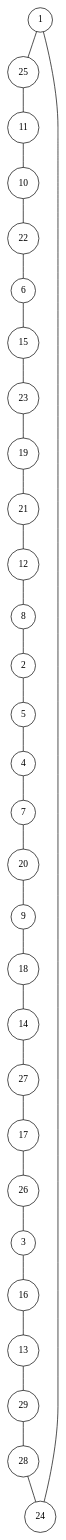
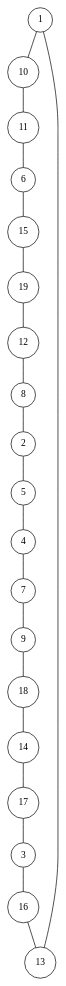
The diagram in data_generated/random1012484/random1012484.0.dot (lugot/tsp-approximation), drawn with Graphviz before and after one commit. The commit also changed 29 other files, not shown here.

```diff
--- a/data_generated/random1012484/random1012484.0.dot
+++ b/data_generated/random1012484/random1012484.0.dot
@@ -1,62 +1,42 @@
 graph random1012484 {
 	node [shape=circle fillcolor=white]
 	1 [ pos = "0.667158,3.291296!"]
 	2 [ pos = "17.711670,14.948317!"]
 	3 [ pos = "8.457189,7.426452!"]
 	4 [ pos = "20.000000,12.982976!"]
 	5 [ pos = "19.648191,15.435664!"]
 	6 [ pos = "3.204100,11.130648!"]
 	7 [ pos = "18.055529,12.025427!"]
 	8 [ pos = "13.760635,15.675307!"]
 	9 [ pos = "16.573455,9.454567!"]
 	10 [ pos = "2.087824,7.511968!"]
 	11 [ pos = "4.439135,8.397395!"]
 	12 [ pos = "13.074147,19.931845!"]
 	13 [ pos = "8.711208,2.990664!"]
 	14 [ pos = "14.859308,3.850754!"]
 	15 [ pos = "3.377204,11.441336!"]
 	16 [ pos = "8.033593,4.044362!"]
 	17 [ pos = "14.732632,4.742245!"]
 	18 [ pos = "18.992679,2.186805!"]
 	19 [ pos = "12.168697,17.989661!"]
-	20 [ pos = "15.169780,10.813870!"]
-	21 [ pos = "12.422308,18.373880!"]
-	22 [ pos = "0.941501,9.474820!"]
-	23 [ pos = "9.396290,14.702136!"]
-	24 [ pos = "4.147110,4.966727!"]
-	25 [ pos = "3.153685,6.234934!"]
-	26 [ pos = "12.478694,7.592820!"]
-	27 [ pos = "14.632329,4.549824!"]
-	28 [ pos = "6.521647,2.340520!"]
-	29 [ pos = "7.540489,0.377938!"]
 
-	1 -- 25
+	1 -- 10
 	2 -- 5
 	3 -- 16
 	4 -- 7
 	5 -- 4
 	6 -- 15
-	7 -- 20
+	7 -- 9
 	8 -- 2
 	9 -- 18
-	10 -- 22
-	11 -- 10
+	10 -- 11
+	11 -- 6
 	12 -- 8
-	13 -- 29
-	14 -- 27
-	15 -- 23
+	13 -- 1
+	14 -- 17
+	15 -- 19
 	16 -- 13
-	17 -- 26
+	17 -- 3
 	18 -- 14
-	19 -- 21
-	20 -- 9
-	21 -- 12
-	22 -- 6
-	23 -- 19
-	24 -- 1
-	25 -- 11
-	26 -- 3
-	27 -- 17
-	28 -- 24
-	29 -- 28
+	19 -- 12
 }
```
